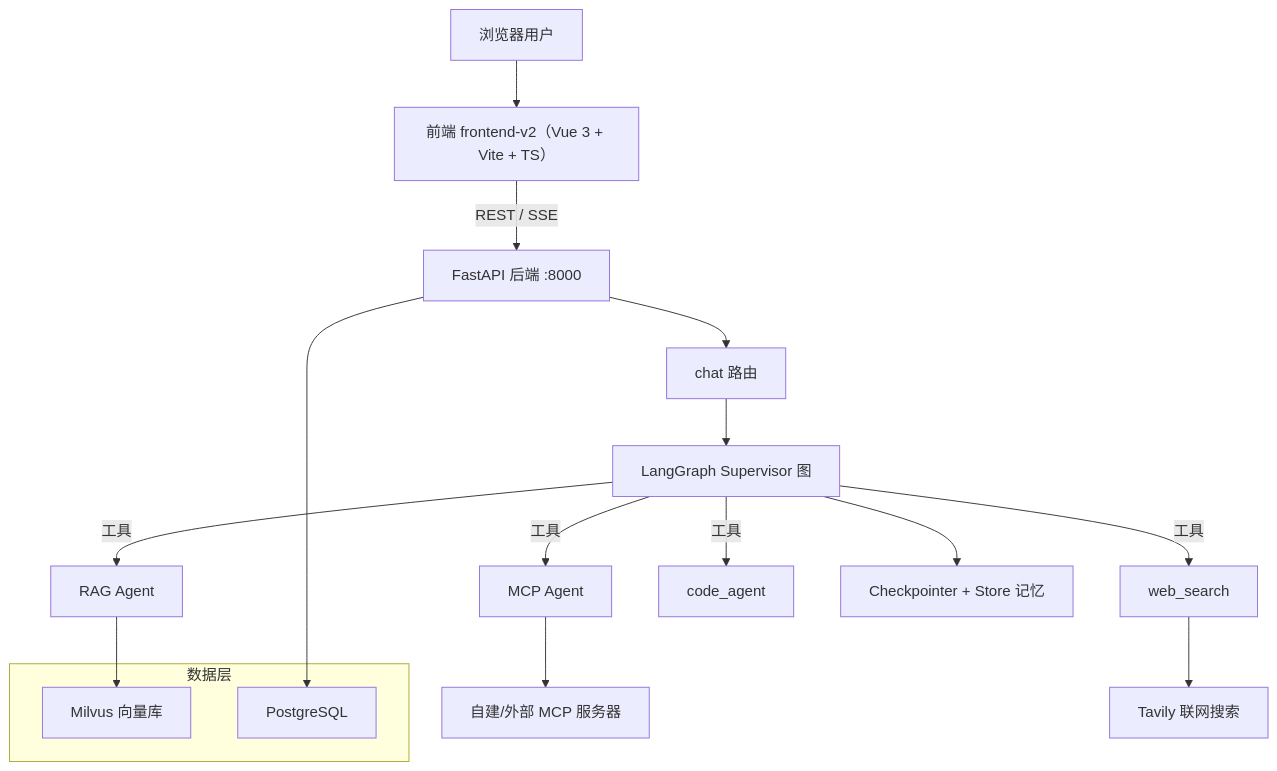
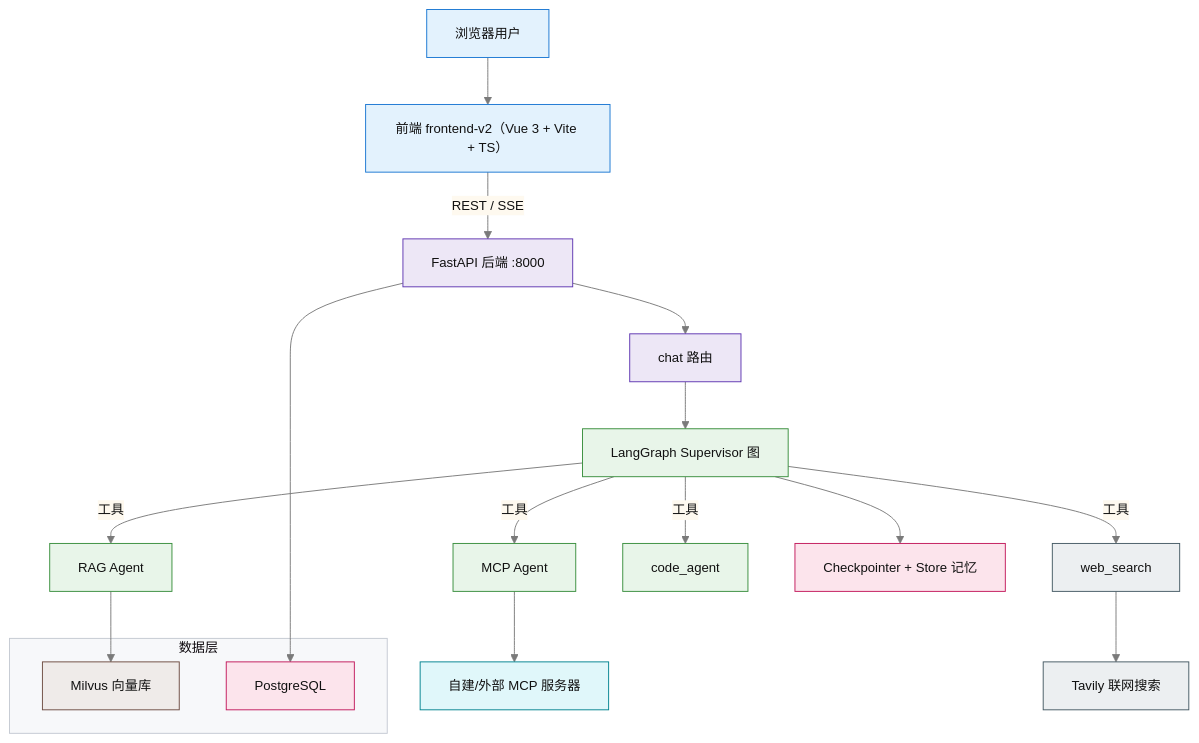
Before and after one commit to Zhuliqx/Agentchat: the first of 8 diagrams in docs/EXPLAIN.md, drawn with Mermaid. The commit also changed other lines of this file and 5 other files, not shown here.

Commit message:
优化mermaid图

````diff
--- a/docs/EXPLAIN.md
+++ b/docs/EXPLAIN.md
@@ -102,20 +102,28 @@
 ```mermaid
+%%{init: {"theme":"base", "themeVariables": {"primaryColor":"#ecf3ff", "primaryBorderColor":"#3b6fd4", "primaryTextColor":"#111", "lineColor":"#7a7a7a", "fontSize":"14px", "clusterBkg":"#f7f8fa", "clusterBorder":"#c4c9d2", "secondaryColor":"#fef9ef", "tertiaryColor":"#f2f7f2", "actorBkg":"#ecf3ff", "actorBorder":"#3b6fd4", "noteBkg":"#fef9ef"}}}%%
 graph TD
-    U[浏览器用户] --> F[前端 frontend-v2（Vue 3 + Vite + TS）]
-    F -->|REST / SSE| API[FastAPI 后端 :8000]
-    API --> CHAT[chat 路由]
-    CHAT --> G[LangGraph Supervisor 图]
-    G -->|工具| RAG[RAG Agent]
-    G -->|工具| MCP[MCP Agent]
-    G -->|工具| SEARCH[web_search]
-    G -->|工具| CODE[code_agent]
-    RAG --> MV[Milvus 向量库]
-    MCP --> MCS[自建/外部 MCP 服务器]
-    SEARCH --> TAV[Tavily 联网搜索]
-    API --> PG[PostgreSQL]
-    G --> MEM[Checkpointer + Store 记忆]
+    classDef agent fill:#e8f5e9,stroke:#388e3c
+    classDef api fill:#ede7f6,stroke:#5e35b1
+    classDef data fill:#efebe9,stroke:#6d4c41
+    classDef fe fill:#e3f2fd,stroke:#1976d2
+    classDef mcp fill:#e0f7fa,stroke:#00838f
+    classDef mem fill:#fce4ec,stroke:#c2185b
+    classDef tool fill:#eceff1,stroke:#455a64
+    U[浏览器用户]:::fe --> F[前端 frontend-v2（Vue 3 + Vite + TS）]:::fe
+    F -->|REST / SSE| API[FastAPI 后端 :8000]:::api
+    API --> CHAT[chat 路由]:::api
+    CHAT --> G[LangGraph Supervisor 图]:::agent
+    G -->|工具| RAG[RAG Agent]:::agent
+    G -->|工具| MCP[MCP Agent]:::agent
+    G -->|工具| SEARCH[web_search]:::tool
+    G -->|工具| CODE[code_agent]:::agent
+    RAG --> MV[Milvus 向量库]:::data
+    MCP --> MCS[自建/外部 MCP 服务器]:::mcp
+    SEARCH --> TAV[Tavily 联网搜索]:::tool
+    API --> PG[PostgreSQL]:::mem
+    G --> MEM[Checkpointer + Store 记忆]:::mem
     subgraph 数据层
         MV
         PG
     end
 ```
````
